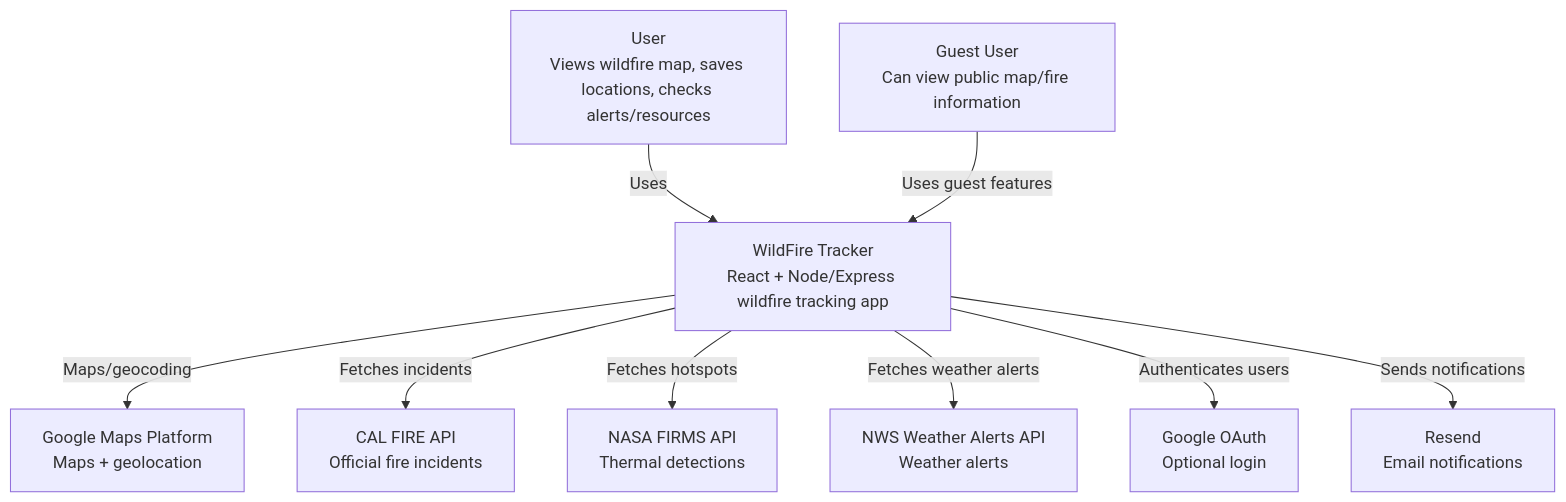
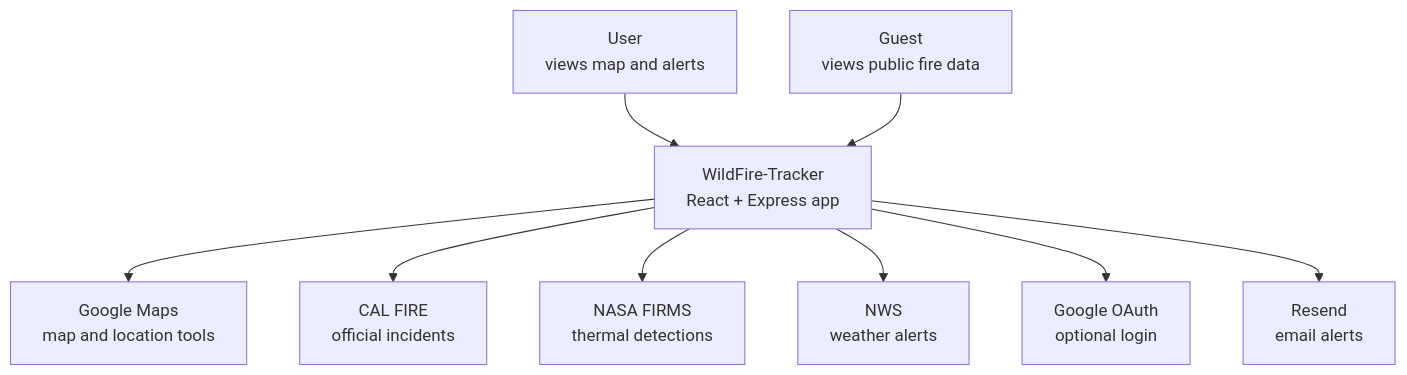
One commit to ralkhleef/WILDFIRE-TRACKER changed the first of 3 diagrams in docs/c4-diagrams.md. Above: the diagram before and after it, drawn with Mermaid. The commit also changed other lines of this file and 67 other files, not shown here.

Commit message:
Clean up project docs and architecture

````diff
--- a/docs/c4-diagrams.md
+++ b/docs/c4-diagrams.md
@@ -5,22 +9,22 @@
 ```mermaid
 flowchart TB
-    User[User<br/>Views wildfire map, saves locations, checks alerts/resources]
-    Guest[Guest User<br/>Can view public map/fire information]
-    App[WildFire Tracker<br/>React + Node/Express wildfire tracking app]
+    User[User<br/>views map and alerts]
+    Guest[Guest<br/>views public fire data]
+    App[WildFire-Tracker<br/>React + Express app]
 
-    GoogleMaps[Google Maps Platform<br/>Maps + geolocation]
-    CALFIRE[CAL FIRE API<br/>Official fire incidents]
-    NASA[NASA FIRMS API<br/>Thermal detections]
-    NWS[NWS Weather Alerts API<br/>Weather alerts]
-    OAuth[Google OAuth<br/>Optional login]
-    Resend[Resend<br/>Email notifications]
+    Google[Google Maps<br/>map and location tools]
+    CALFIRE[CAL FIRE<br/>official incidents]
+    NASA[NASA FIRMS<br/>thermal detections]
+    NWS[NWS<br/>weather alerts]
+    OAuth[Google OAuth<br/>optional login]
+    Resend[Resend<br/>email alerts]
 
-    User -->|Uses| App
-    Guest -->|Uses guest features| App
-    App -->|Maps/geocoding| GoogleMaps
-    App -->|Fetches incidents| CALFIRE
-    App -->|Fetches hotspots| NASA
-    App -->|Fetches weather alerts| NWS
-    App -->|Authenticates users| OAuth
-    App -->|Sends notifications| Resend
+    User --> App
+    Guest --> App
+    App --> Google
+    App --> CALFIRE
+    App --> NASA
+    App --> NWS
+    App --> OAuth
+    App --> Resend
 ```
````
